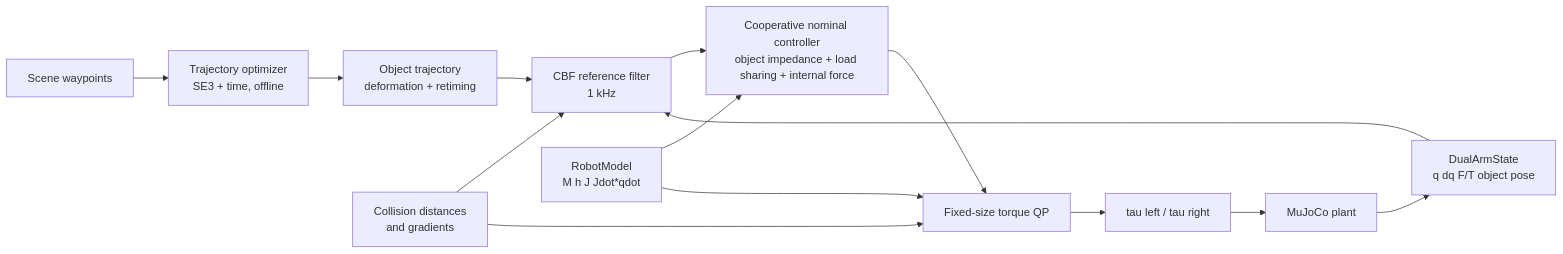
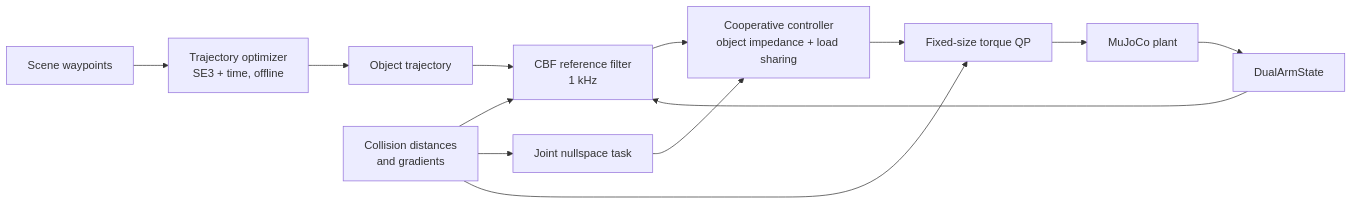
Before and after one commit to haot1an/dual-arm-cooperative-manipulation: the diagram in README.md, drawn with Mermaid. The commit also changed other lines of this file and 57 other files, not shown here.

````diff
--- a/README.md
+++ b/README.md
@@ -178,16 +130,15 @@
 ```mermaid
 flowchart LR
     W[Scene waypoints] --> PL[Trajectory optimizer<br/>SE3 + time, offline]
-    PL --> T[Object trajectory<br/>deformation + retiming]
+    PL --> T[Object trajectory]
     T --> G[CBF reference filter<br/>1 kHz]
-    S[DualArmState<br/>q dq F/T object pose] --> G
+    S[DualArmState] --> G
     C[Collision distances<br/>and gradients] --> G
-    G --> N[Cooperative nominal controller<br/>object impedance + load sharing + internal force]
+    G --> N[Cooperative controller<br/>object impedance + load sharing]
+    C --> NS[Joint nullspace task]
+    NS --> N
     N --> Q[Fixed-size torque QP]
     C --> Q
-    M[RobotModel<br/>M h J Jdot*qdot] --> N
-    M --> Q
-    Q --> U[tau left / tau right]
-    U --> P[MuJoCo plant]
+    Q --> P[MuJoCo plant]
     P --> S
 ```
````
